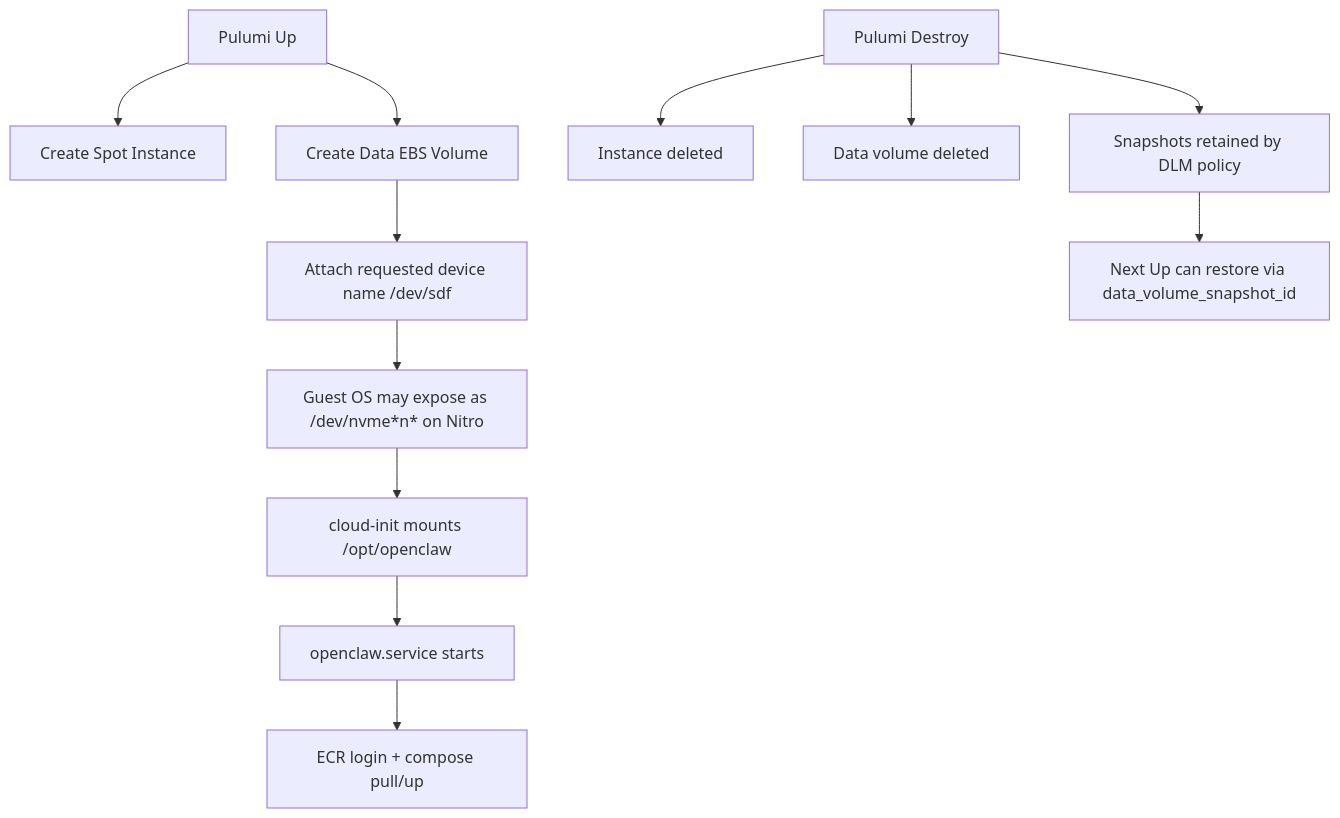
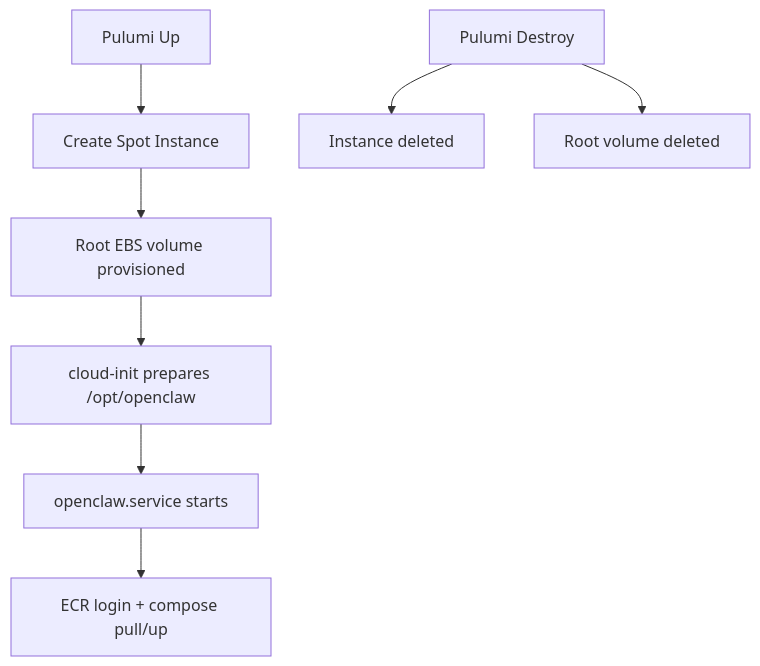
Before and after one commit to sbasir/openclaw-lab: the diagram in ec2-spot/ARCHITECTURE.md, drawn with Mermaid. The commit also changed other lines of this file and 13 other files, not shown here.

````diff
--- a/ec2-spot/ARCHITECTURE.md
+++ b/ec2-spot/ARCHITECTURE.md
@@ -87,15 +48,11 @@
 ```mermaid
 flowchart TD
   A[Pulumi Up] --> B[Create Spot Instance]
-  A --> C[Create Data EBS Volume]
-  C --> D[Attach requested device name /dev/sdf]
-  D --> D2[Guest OS may expose as /dev/nvme*n* on Nitro]
-  D2 --> E[cloud-init mounts /opt/openclaw]
-  E --> F[openclaw.service starts]
-  F --> G[ECR login + compose pull/up]
+  B --> C[Root EBS volume provisioned]
+  C --> D[cloud-init prepares /opt/openclaw]
+  D --> E[openclaw.service starts]
+  E --> F[ECR login + compose pull/up]
 
-  H[Pulumi Destroy] --> I[Instance deleted]
-  H --> J[Data volume deleted]
-  H --> K[Snapshots retained by DLM policy]
-  K --> L[Next Up can restore via data_volume_snapshot_id]
+  G[Pulumi Destroy] --> H[Instance deleted]
+  G --> I[Root volume deleted]
 ```
````
